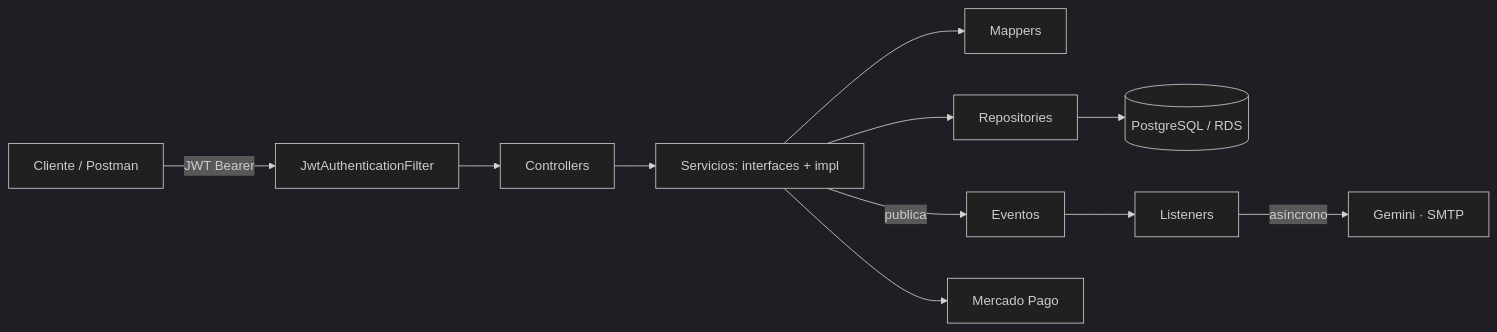
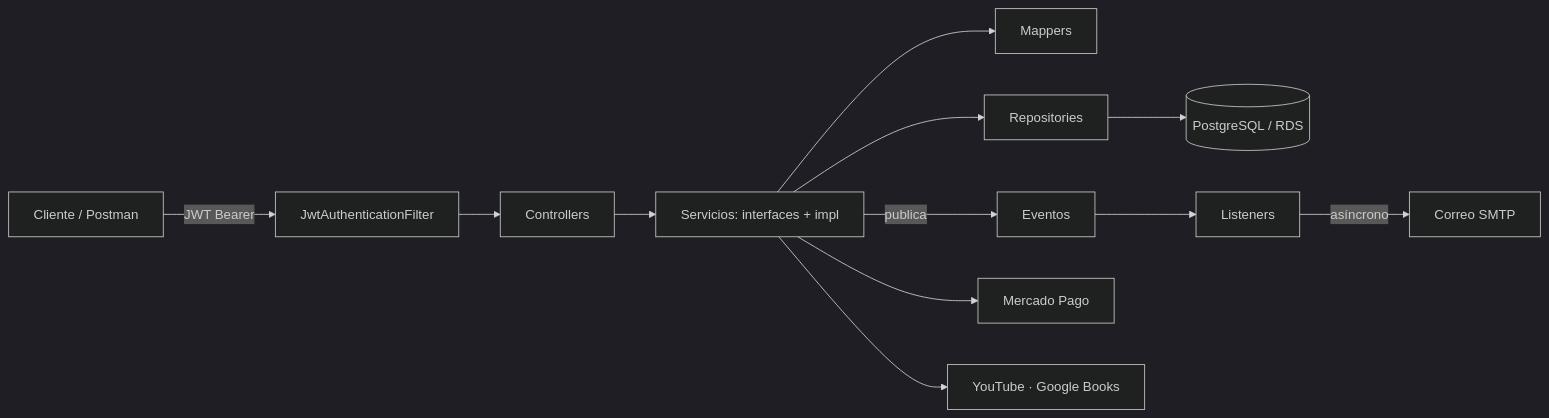
Before and after one commit to marcobautista-sketch/rumbou-backend: the first of 2 diagrams in README.md, drawn with Mermaid (dark theme). The commit also changed other lines of this file and 5 other files, not shown here.

````diff
--- a/README.md
+++ b/README.md
@@ -62,13 +64,14 @@
 ```mermaid
 flowchart LR
     C["Cliente / Postman"] -->|"JWT Bearer"| F[JwtAuthenticationFilter]
     F --> CT[Controllers]
     CT --> S["Servicios: interfaces + impl"]
     S --> M[Mappers]
     S --> R[Repositories]
     R --> DB[("PostgreSQL / RDS")]
     S -->|"publica"| E[Eventos]
     E --> L[Listeners]
-    L -->|"asíncrono"| X["Gemini · SMTP"]
+    L -->|"asíncrono"| X["Correo SMTP"]
     S --> MP[Mercado Pago]
+    S --> G["YouTube · Google Books"]
 ```
````
